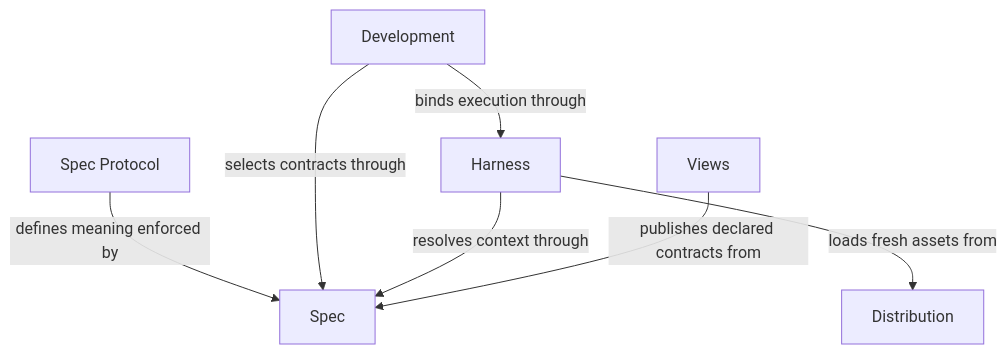
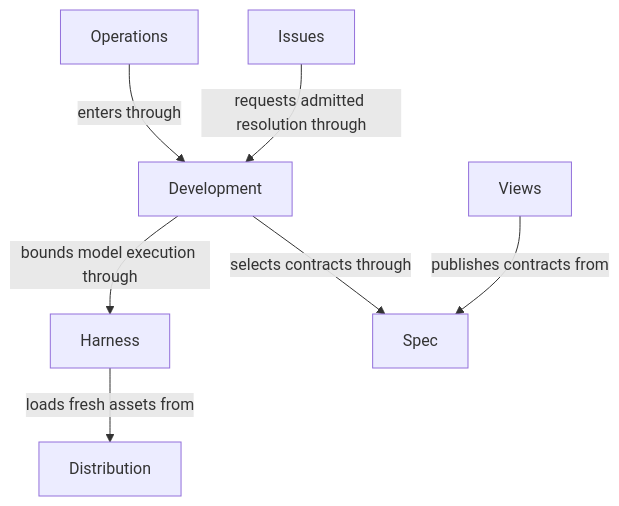
The diagram in specs/concorde/module.md (FTOD/concorde), drawn with Mermaid before and after one commit. The commit also changed other lines of this file and 449 other files, not shown here.

Commit message:
refactor: unify executable Operations and LangGraph graphs

````diff
--- a/specs/concorde/module.md
+++ b/specs/concorde/module.md
@@ -130,17 +97,18 @@
 ```mermaid
 flowchart TB
-    accTitle: Shared runtime foundations
-    accDescr: The independent Protocol defines the Spec model. Development uses Harness for bounded execution and Spec for complete context. Distribution supplies fresh assets. Views publishes declared Specs without granting extra context.
-    protocol["Spec Protocol"]
+    accTitle: Operations and shared execution services
+    accDescr: Operations groups behavior providers. Development admits requests, Harness bounds execution, and Spec supplies complete contracts. Distribution, Issues and Views support this work without creating additional executable entity kinds.
+    operations["Operations"]
+    host["Development"]
+    harness["Harness"]
     spec["Spec"]
-    development["Development"]
-    harness["Harness"]
     distribution["Distribution"]
+    issues["Issues"]
     views["Views"]
-    protocol -->|defines meaning enforced by| spec
-    development -->|binds execution through| harness
-    development -->|selects contracts through| spec
-    harness -->|resolves context through| spec
+    operations -->|enters through| host
+    host -->|bounds model execution through| harness
+    host -->|selects contracts through| spec
     harness -->|loads fresh assets from| distribution
-    views -->|publishes declared contracts from| spec
+    issues -->|requests admitted resolution through| host
+    views -->|publishes contracts from| spec
 ```
````
